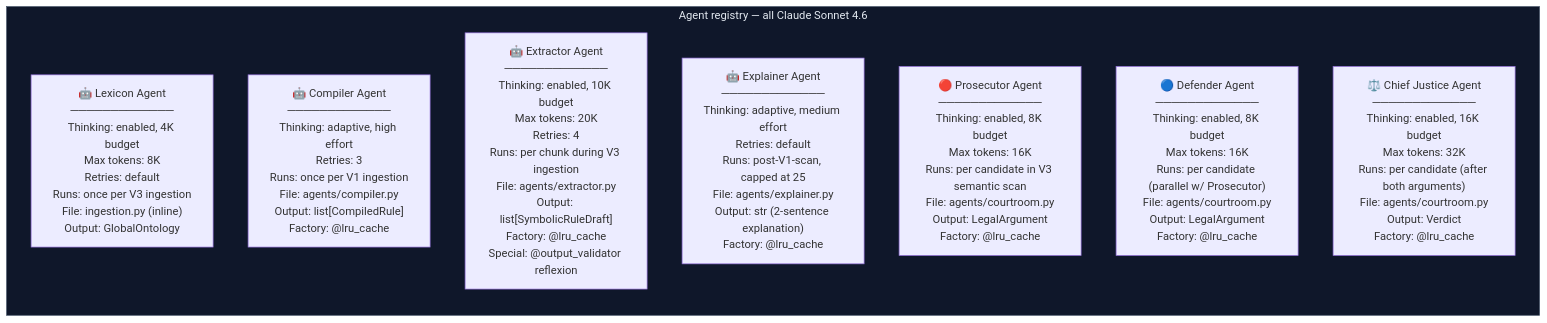
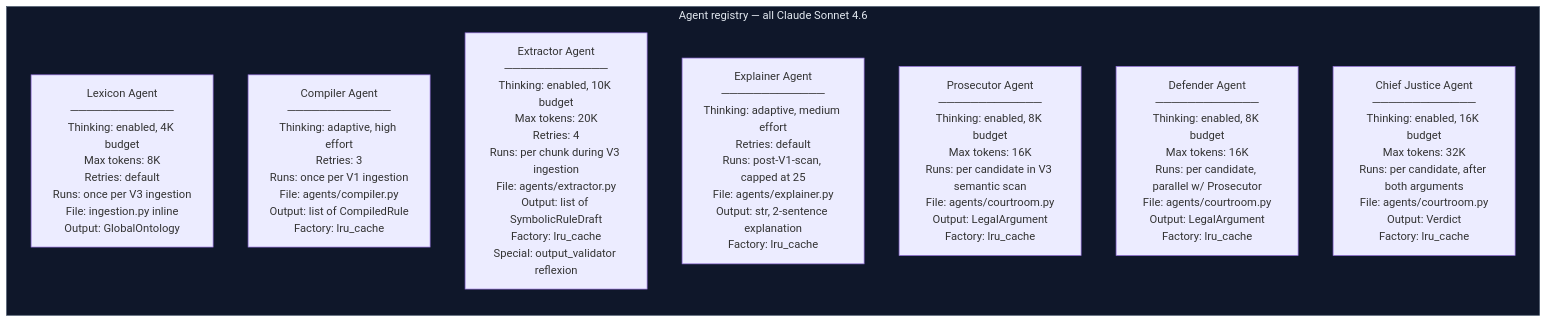
The seventh of 9 diagrams in docs/AGENT_COLLABORATION.md (ShivamB25/TraceRule), drawn with Mermaid before and after one commit. The commit also changed other lines of this file and 1 other file, not shown here.

Commit message:
refactor: streamline mermaid diagrams by removing emojis, simplifying text, and updating connections for clarity.

````diff
--- a/docs/AGENT_COLLABORATION.md
+++ b/docs/AGENT_COLLABORATION.md
@@ -306,22 +306,22 @@
 ```mermaid
 graph TD
     subgraph AGENTS["Agent registry — all Claude Sonnet 4.6"]
         direction TB
 
-        A1["🤖 Lexicon Agent\n─────────────\nThinking: enabled, 4K budget\nMax tokens: 8K\nRetries: default\nRuns: once per V3 ingestion\nFile: ingestion.py (inline)\nOutput: GlobalOntology"]
+        A1["Lexicon Agent\n─────────────\nThinking: enabled, 4K budget\nMax tokens: 8K\nRetries: default\nRuns: once per V3 ingestion\nFile: ingestion.py inline\nOutput: GlobalOntology"]
 
-        A2["🤖 Compiler Agent\n─────────────\nThinking: adaptive, high effort\nRetries: 3\nRuns: once per V1 ingestion\nFile: agents/compiler.py\nOutput: list[CompiledRule]\nFactory: @lru_cache"]
+        A2["Compiler Agent\n─────────────\nThinking: adaptive, high effort\nRetries: 3\nRuns: once per V1 ingestion\nFile: agents/compiler.py\nOutput: list of CompiledRule\nFactory: lru_cache"]
 
-        A3["🤖 Extractor Agent\n─────────────\nThinking: enabled, 10K budget\nMax tokens: 20K\nRetries: 4\nRuns: per chunk during V3 ingestion\nFile: agents/extractor.py\nOutput: list[SymbolicRuleDraft]\nFactory: @lru_cache\nSpecial: @output_validator reflexion"]
+        A3["Extractor Agent\n─────────────\nThinking: enabled, 10K budget\nMax tokens: 20K\nRetries: 4\nRuns: per chunk during V3 ingestion\nFile: agents/extractor.py\nOutput: list of SymbolicRuleDraft\nFactory: lru_cache\nSpecial: output_validator reflexion"]
 
-        A4["🤖 Explainer Agent\n─────────────\nThinking: adaptive, medium effort\nRetries: default\nRuns: post-V1-scan, capped at 25\nFile: agents/explainer.py\nOutput: str (2-sentence explanation)\nFactory: @lru_cache"]
+        A4["Explainer Agent\n─────────────\nThinking: adaptive, medium effort\nRetries: default\nRuns: post-V1-scan, capped at 25\nFile: agents/explainer.py\nOutput: str, 2-sentence explanation\nFactory: lru_cache"]
 
-        A5["🔴 Prosecutor Agent\n─────────────\nThinking: enabled, 8K budget\nMax tokens: 16K\nRuns: per candidate in V3 semantic scan\nFile: agents/courtroom.py\nOutput: LegalArgument\nFactory: @lru_cache"]
+        A5["Prosecutor Agent\n─────────────\nThinking: enabled, 8K budget\nMax tokens: 16K\nRuns: per candidate in V3 semantic scan\nFile: agents/courtroom.py\nOutput: LegalArgument\nFactory: lru_cache"]
 
-        A6["🔵 Defender Agent\n─────────────\nThinking: enabled, 8K budget\nMax tokens: 16K\nRuns: per candidate (parallel w/ Prosecutor)\nFile: agents/courtroom.py\nOutput: LegalArgument\nFactory: @lru_cache"]
+        A6["Defender Agent\n─────────────\nThinking: enabled, 8K budget\nMax tokens: 16K\nRuns: per candidate, parallel w/ Prosecutor\nFile: agents/courtroom.py\nOutput: LegalArgument\nFactory: lru_cache"]
 
-        A7["⚖️ Chief Justice Agent\n─────────────\nThinking: enabled, 16K budget\nMax tokens: 32K\nRuns: per candidate (after both arguments)\nFile: agents/courtroom.py\nOutput: Verdict\nFactory: @lru_cache"]
+        A7["Chief Justice Agent\n─────────────\nThinking: enabled, 16K budget\nMax tokens: 32K\nRuns: per candidate, after both arguments\nFile: agents/courtroom.py\nOutput: Verdict\nFactory: lru_cache"]
     end
 
     style AGENTS fill:#0f172a,stroke:#475569,color:#e2e8f0
 ```
````
